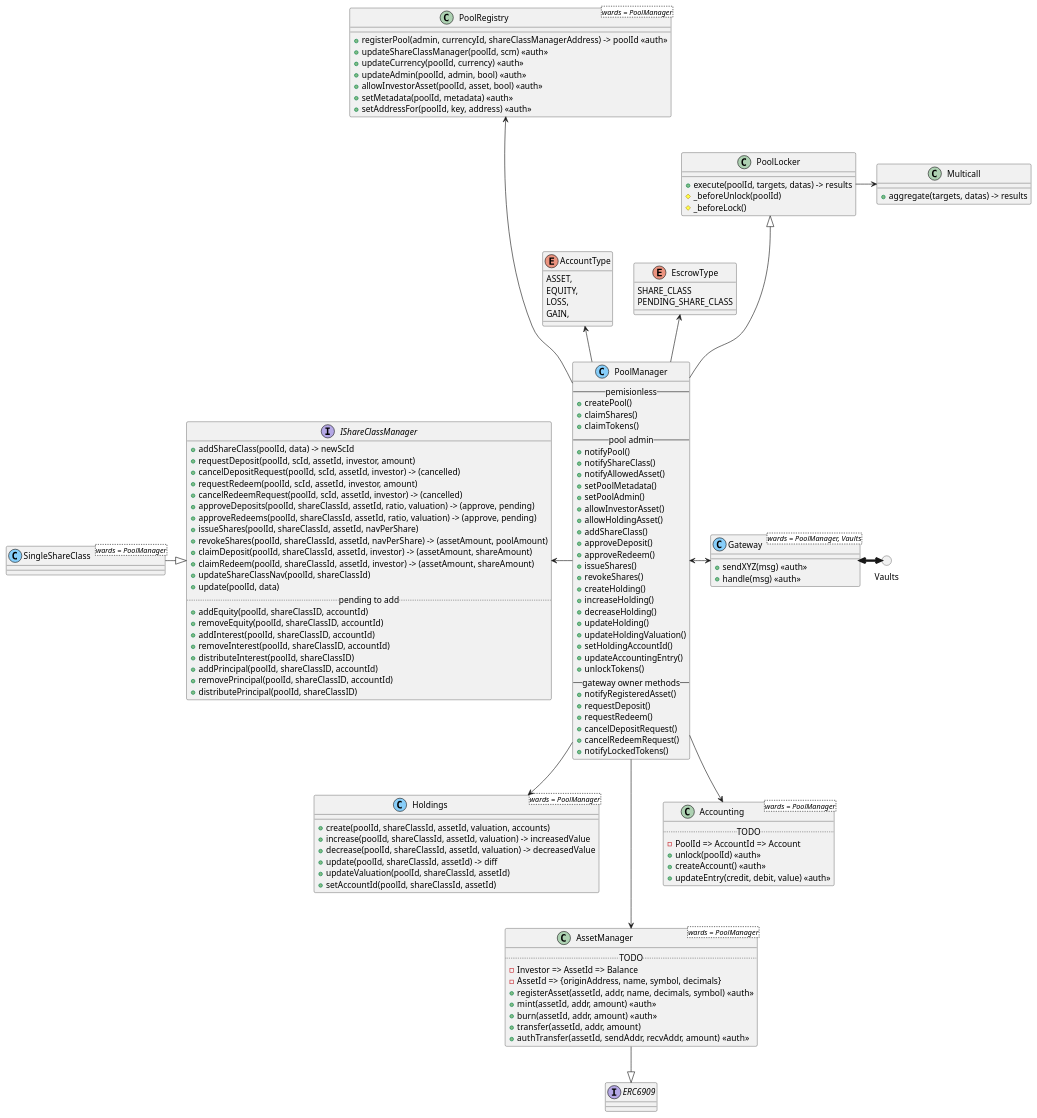
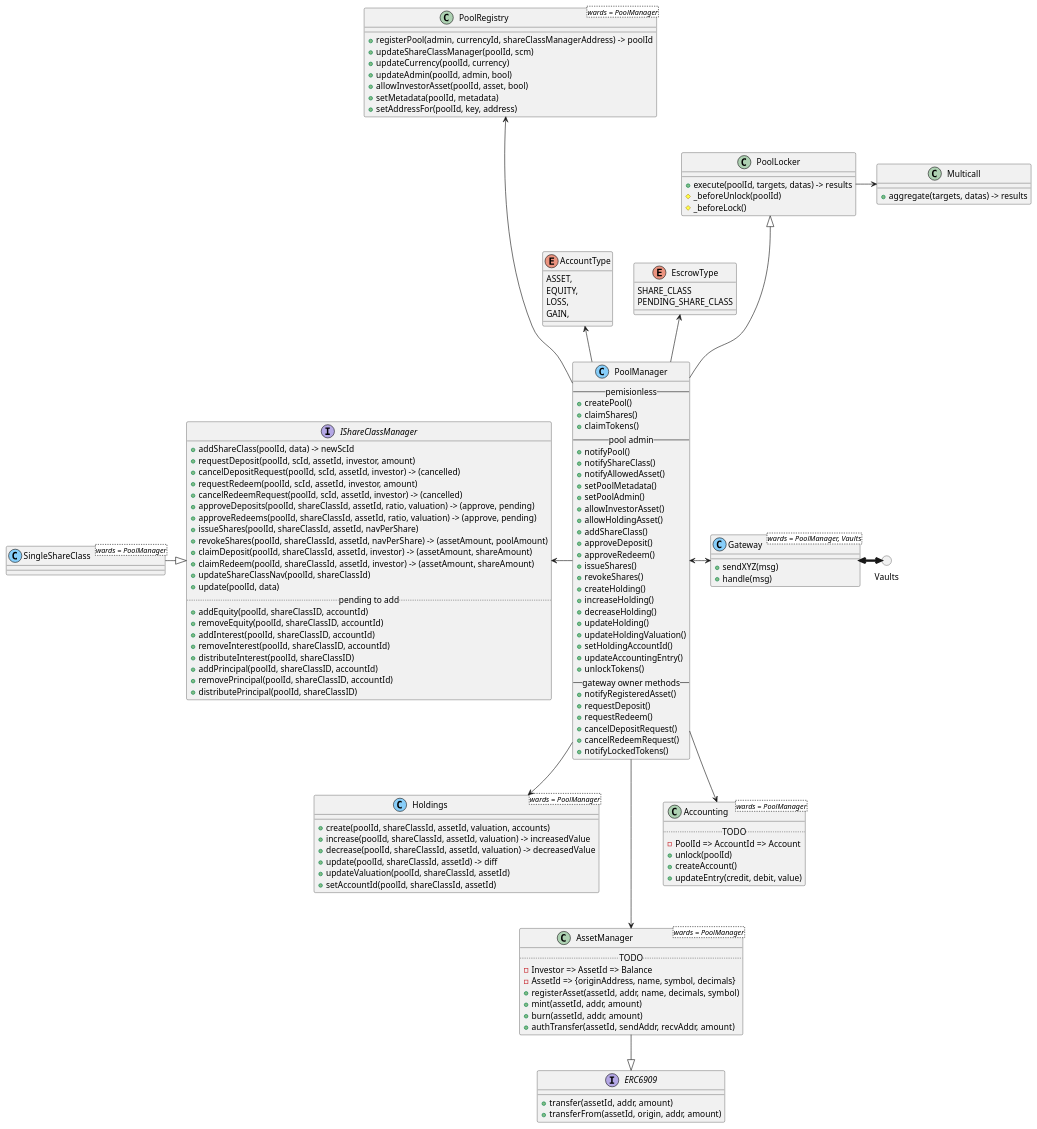
The diagram in docs/contract-diagram.puml (centrifuge/protocol), drawn with PlantUML before and after one commit.

Commit message:
minor changes. remove auth

```diff
--- a/docs/contract-diagram.puml
+++ b/docs/contract-diagram.puml
@@ -1,150 +1,151 @@
 @startuml
 circle Vaults
 
 interface ERC6909 {
+    + transfer(assetId, addr, amount)
+    + transferFrom(assetId, origin, addr, amount)
 }
 
 class Holdings<wards = PoolManager> <<(C, lightskyblue)>> {
     + create(poolId, shareClassId, assetId, valuation, accounts)
     + increase(poolId, shareClassId, assetId, valuation) -> increasedValue
     + decrease(poolId, shareClassId, assetId, valuation) -> decreasedValue
     + update(poolId, shareClassId, assetId) -> diff
     + updateValuation(poolId, shareClassId, assetId)
     + setAccountId(poolId, shareClassId, assetId)
 }
 
 class AssetManager<wards = PoolManager> {
     .. TODO ..
     - Investor => AssetId => Balance
     - AssetId => {originAddress, name, symbol, decimals}
-    + registerAsset(assetId, addr, name, decimals, symbol) <<auth>>
-    + mint(assetId, addr, amount) <<auth>>
-    + burn(assetId, addr, amount) <<auth>>
-    + transfer(assetId, addr, amount)
-    + authTransfer(assetId, sendAddr, recvAddr, amount) <<auth>>
+    + registerAsset(assetId, addr, name, decimals, symbol)
+    + mint(assetId, addr, amount)
+    + burn(assetId, addr, amount)
+    + authTransfer(assetId, sendAddr, recvAddr, amount)
 }
 AssetManager --|> ERC6909
 
 class PoolRegistry<wards = PoolManager> {
-    + registerPool(admin, currencyId, shareClassManagerAddress) -> poolId <<auth>>
-    + updateShareClassManager(poolId, scm) <<auth>>
-    + updateCurrency(poolId, currency) <<auth>>
-    + updateAdmin(poolId, admin, bool) <<auth>>
-    + allowInvestorAsset(poolId, asset, bool) <<auth>>
-    + setMetadata(poolId, metadata) <<auth>>
-    + setAddressFor(poolId, key, address) <<auth>>
+    + registerPool(admin, currencyId, shareClassManagerAddress) -> poolId
+    + updateShareClassManager(poolId, scm)
+    + updateCurrency(poolId, currency)
+    + updateAdmin(poolId, admin, bool)
+    + allowInvestorAsset(poolId, asset, bool)
+    + setMetadata(poolId, metadata)
+    + setAddressFor(poolId, key, address)
 }
 
 interface IShareClassManager {
     + addShareClass(poolId, data) -> newScId
     + requestDeposit(poolId, scId, assetId, investor, amount)
     + cancelDepositRequest(poolId, scId, assetId, investor) -> (cancelled)
     + requestRedeem(poolId, scId, assetId, investor, amount)
     + cancelRedeemRequest(poolId, scId, assetId, investor) -> (cancelled)
     + approveDeposits(poolId, shareClassId, assetId, ratio, valuation) -> (approve, pending)
     + approveRedeems(poolId, shareClassId, assetId, ratio, valuation) -> (approve, pending)
     + issueShares(poolId, shareClassId, assetId, navPerShare)
     + revokeShares(poolId, shareClassId, assetId, navPerShare) -> (assetAmount, poolAmount)
     + claimDeposit(poolId, shareClassId, assetId, investor) -> (assetAmount, shareAmount)
     + claimRedeem(poolId, shareClassId, assetId, investor) -> (assetAmount, shareAmount)
     + updateShareClassNav(poolId, shareClassId)
     + update(poolId, data)
     .. pending to add ..
     + addEquity(poolId, shareClassID, accountId)
     + removeEquity(poolId, shareClassID, accountId)
     + addInterest(poolId, shareClassID, accountId)
     + removeInterest(poolId, shareClassID, accountId)
     + distributeInterest(poolId, shareClassID)
     + addPrincipal(poolId, shareClassID, accountId)
     + removePrincipal(poolId, shareClassID, accountId)
     + distributePrincipal(poolId, shareClassID)
 }
 
 class SingleShareClass<wards = PoolManager> <<(C, lightskyblue)>>{ }
 SingleShareClass -down|> IShareClassManager
 
 class Accounting<wards = PoolManager> {
     .. TODO ..
     - PoolId => AccountId => Account
-    + unlock(poolId) <<auth>>
-    + createAccount() <<auth>>
-    + updateEntry(credit, debit, value) <<auth>>
+    + unlock(poolId)
+    + createAccount()
+    + updateEntry(credit, debit, value)
 }
 
 class Multicall {
     + aggregate(targets, datas) -> results
 }
 
 class PoolLocker {
     + execute(poolId, targets, datas) -> results
     # _beforeUnlock(poolId)
     # _beforeLock()
 }
 
 PoolLocker -right-> Multicall
 
 enum EscrowType {
     SHARE_CLASS
     PENDING_SHARE_CLASS
 }
 
 enum AccountType {
     ASSET,
     EQUITY,
     LOSS,
     GAIN,
 }
 
 class PoolManager <<(C, lightskyblue)>> {
     -- pemisionless --
     + createPool()
     + claimShares()
     + claimTokens()
     -- pool admin --
     + notifyPool()
     + notifyShareClass()
     + notifyAllowedAsset()
     + setPoolMetadata()
     + setPoolAdmin()
     + allowInvestorAsset()
     + allowHoldingAsset()
     + addShareClass()
     + approveDeposit()
     + approveRedeem()
     + issueShares()
     + revokeShares()
     + createHolding()
     + increaseHolding()
     + decreaseHolding()
     + updateHolding()
     + updateHoldingValuation()
     + setHoldingAccountId()
     + updateAccountingEntry()
     + unlockTokens()
     -- gateway owner methods --
     + notifyRegisteredAsset()
     + requestDeposit()
     + requestRedeem()
     + cancelDepositRequest()
     + cancelRedeemRequest()
     + notifyLockedTokens()
 }
 
 PoolManager -up--|> PoolLocker
 PoolManager -up-> EscrowType
 PoolManager -up-> AccountType
 PoolManager -up---> PoolRegistry
 PoolManager -left-> IShareClassManager
 PoolManager -down->Accounting
 PoolManager -down-->AssetManager
 PoolManager -down-> Holdings
 
 class Gateway<wards = PoolManager, Vaults> <<(C, lightskyblue)>> {
-    + sendXYZ(msg) <<auth>>
-    + handle(msg) <<auth>>
+    + sendXYZ(msg)
+    + handle(msg)
 }
 
 Gateway <-[thickness=4]right-> Vaults
 Gateway <-left-> PoolManager
 
 @enduml
```
